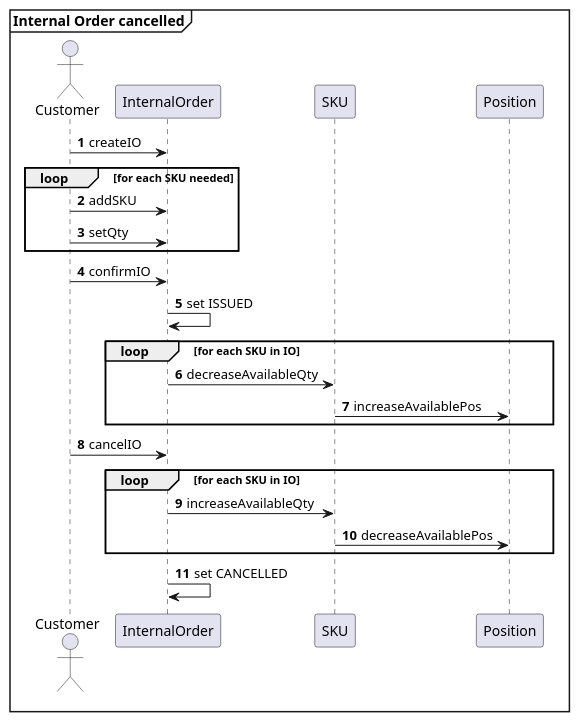
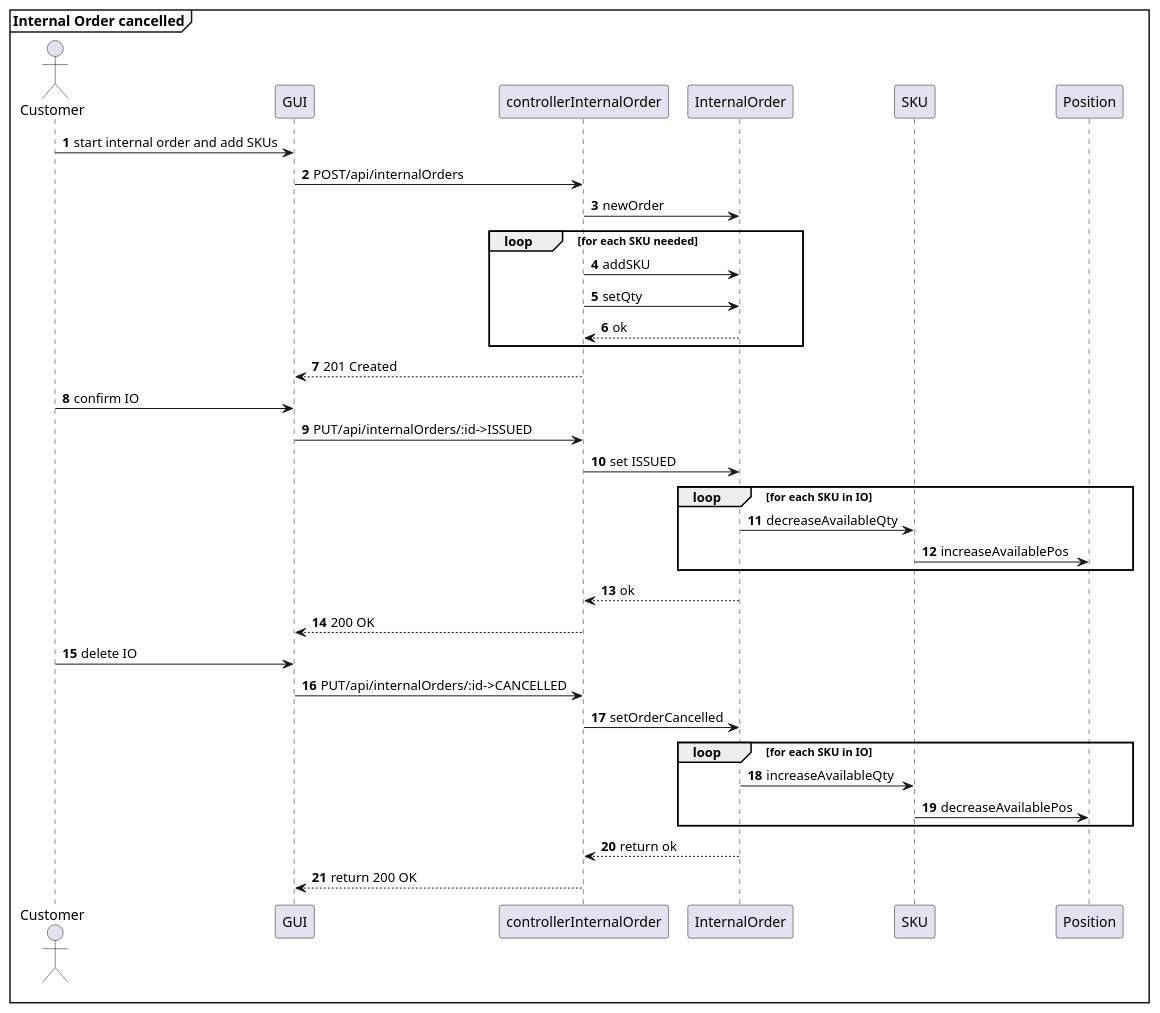
One commit to AlexZampa/EzWh changed diagram 23 of 23 in DesignDocument.md. Above: the diagram before and after it, drawn with PlantUML. The commit also changed other lines of this file, not shown here.

````diff
--- a/DesignDocument.md
+++ b/DesignDocument.md
@@ -1049,27 +1097,41 @@
 ```plantuml
 @startuml
 mainframe **Internal Order cancelled**
 actor Customer
+participant GUI
+participant controllerInternalOrder
 participant InternalOrder
 participant SKU
 
 autonumber
-Customer -> InternalOrder : createIO
+Customer -> GUI : start internal order and add SKUs
+GUI -> controllerInternalOrder : POST/api/internalOrders
+controllerInternalOrder -> InternalOrder : newOrder
 loop for each SKU needed
-  Customer -> InternalOrder : addSKU
-  Customer -> InternalOrder : setQty
+  controllerInternalOrder -> InternalOrder : addSKU
+  controllerInternalOrder -> InternalOrder : setQty
+  controllerInternalOrder <-- InternalOrder : ok
 end loop
-Customer -> InternalOrder : confirmIO
-InternalOrder -> InternalOrder : set ISSUED
+GUI <-- controllerInternalOrder : 201 Created
+
+Customer -> GUI : confirm IO
+GUI -> controllerInternalOrder : PUT/api/internalOrders/:id->ISSUED
+controllerInternalOrder -> InternalOrder : set ISSUED
 loop for each SKU in IO
   InternalOrder -> SKU : decreaseAvailableQty
   SKU -> Position : increaseAvailablePos
 end loop
-Customer -> InternalOrder : cancelIO
+controllerInternalOrder <-- InternalOrder : ok
+GUI <-- controllerInternalOrder : 200 OK
+
+Customer -> GUI : delete IO
+GUI -> controllerInternalOrder : PUT/api/internalOrders/:id->CANCELLED
+controllerInternalOrder -> InternalOrder : setOrderCancelled
 loop for each SKU in IO
   InternalOrder -> SKU : increaseAvailableQty
   SKU -> Position : decreaseAvailablePos
 end loop
-InternalOrder -> InternalOrder : set CANCELLED
+controllerInternalOrder <-- InternalOrder : return ok
+GUI <-- controllerInternalOrder : return 200 OK
 @enduml
 ```
````
